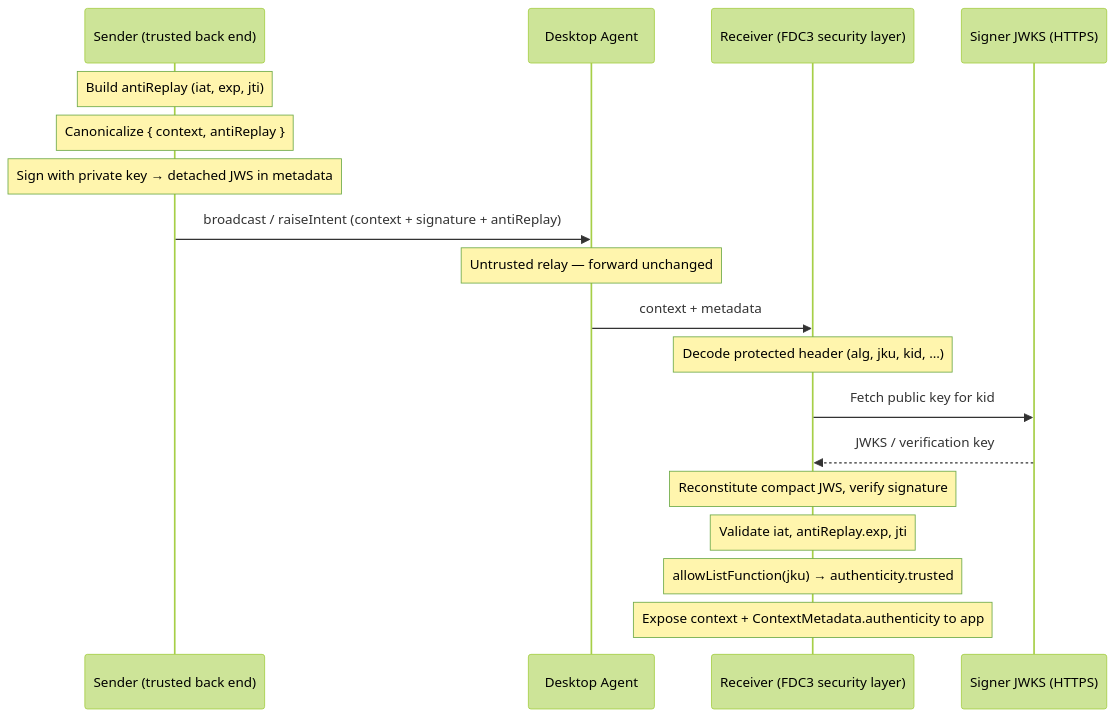
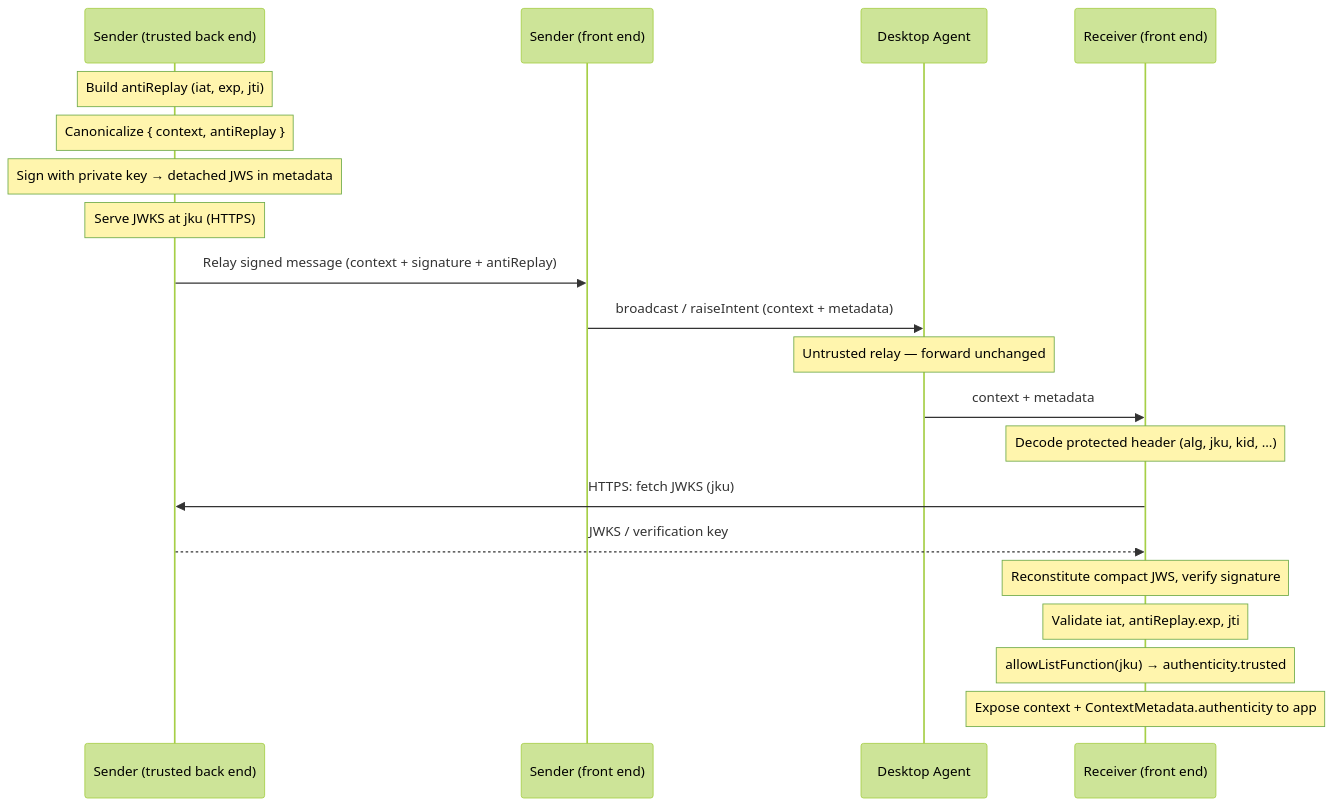
The second of 4 diagrams in website/docs/api/security.md (finos/FDC3), drawn with Mermaid (forest theme) before and after one commit. The commit also changed other lines of this file, not shown here.

Commit message:
second version of diagram

````diff
--- a/website/docs/api/security.md
+++ b/website/docs/api/security.md
@@ -164,25 +162,27 @@
 ```mermaid
 sequenceDiagram
-    participant Sender as Sender (trusted back end)
+    participant SBE as Sender (trusted back end)
+    participant SFE as Sender (front end)
     participant DA as Desktop Agent
-    participant Receiver as Receiver (FDC3 security layer)
-    participant JWKS as Signer JWKS (HTTPS)
+    participant R as Receiver (front end)
 
-    Note over Sender: Build antiReplay (iat, exp, jti)
-    Note over Sender: Canonicalize { context, antiReplay }
-    Note over Sender: Sign with private key → detached JWS in metadata
+    Note over SBE: Build antiReplay (iat, exp, jti)
+    Note over SBE: Canonicalize { context, antiReplay }
+    Note over SBE: Sign with private key → detached JWS in metadata
+    Note over SBE: Serve JWKS at jku (HTTPS)
 
-    Sender->>DA: broadcast / raiseIntent (context + signature + antiReplay)
+    SBE->>SFE: Relay signed message (context + signature + antiReplay)
+    SFE->>DA: broadcast / raiseIntent (context + metadata)
     Note over DA: Untrusted relay — forward unchanged
-    DA->>Receiver: context + metadata
+    DA->>R: context + metadata
 
-    Note over Receiver: Decode protected header (alg, jku, kid, …)
-    Receiver->>JWKS: Fetch public key for kid
-    JWKS-->>Receiver: JWKS / verification key
+    Note over R: Decode protected header (alg, jku, kid, …)
+    R->>SBE: HTTPS: fetch JWKS (jku)
+    SBE-->>R: JWKS / verification key
 
-    Note over Receiver: Reconstitute compact JWS, verify signature
-    Note over Receiver: Validate iat, antiReplay.exp, jti
-    Note over Receiver: allowListFunction(jku) → authenticity.trusted
+    Note over R: Reconstitute compact JWS, verify signature
+    Note over R: Validate iat, antiReplay.exp, jti
+    Note over R: allowListFunction(jku) → authenticity.trusted
 
-    Note over Receiver: Expose context + ContextMetadata.authenticity to app
+    Note over R: Expose context + ContextMetadata.authenticity to app
 ```
````
